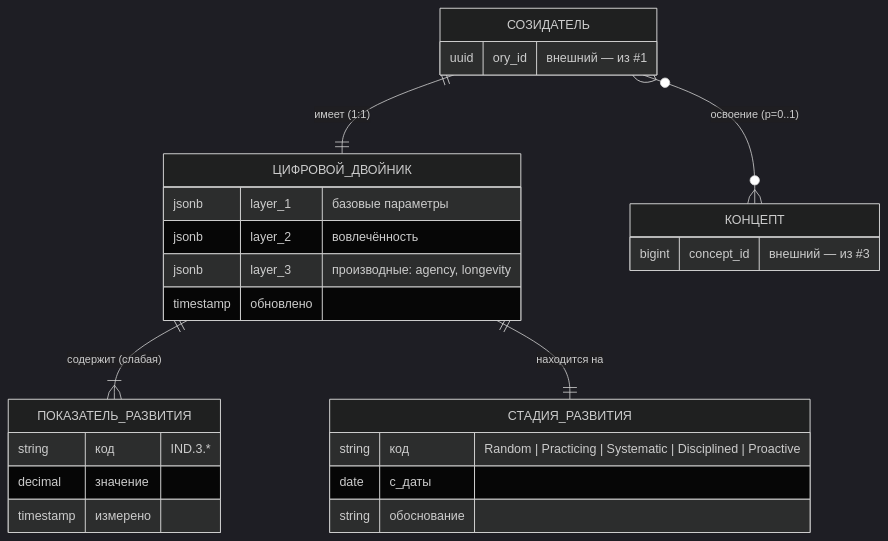
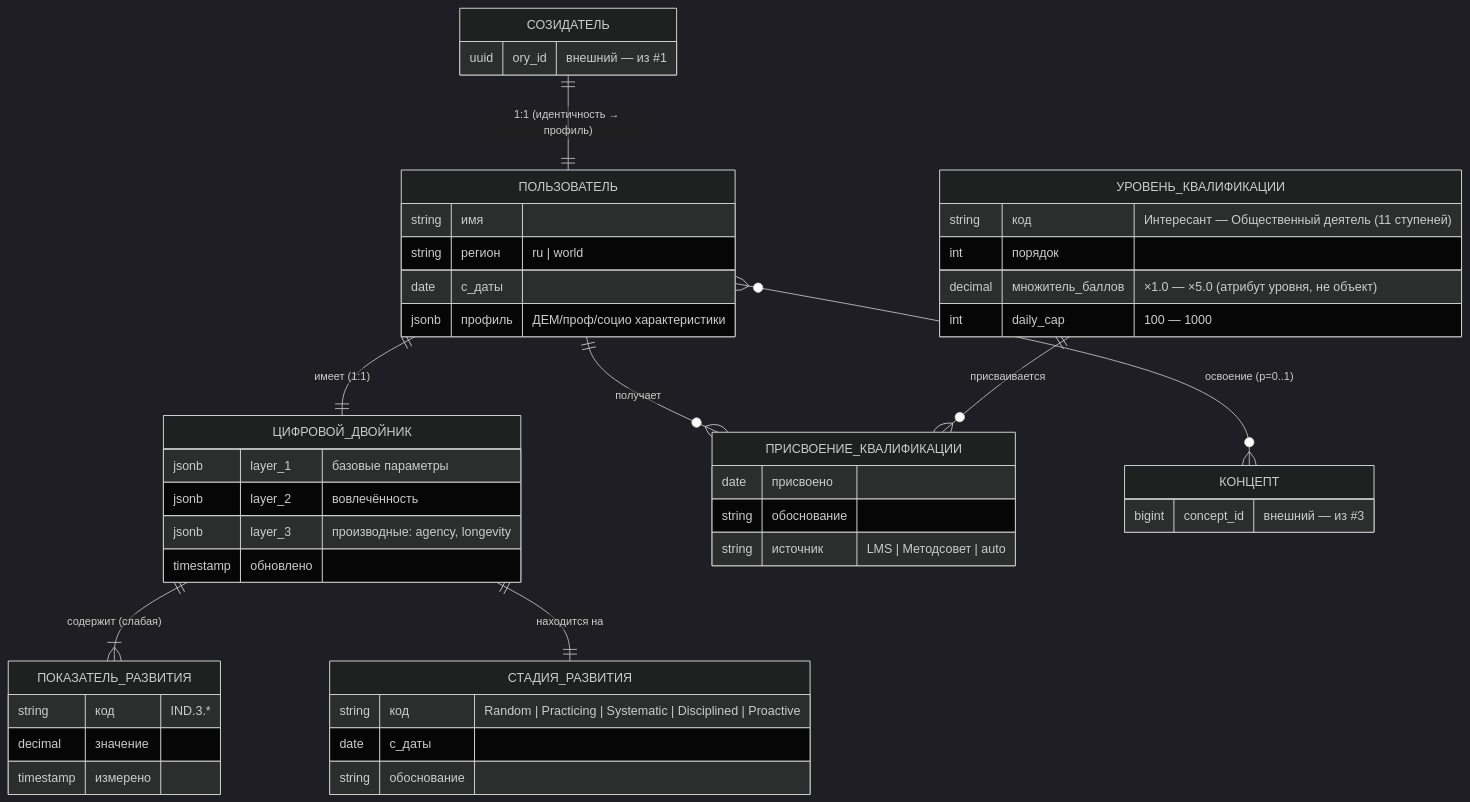
One commit to TserenTserenov/PACK-digital-platform changed the third of 15 diagrams in pack/digital-platform/02-domain-entities/DP.ARCH.004-neon-data-architecture.md. Above: the diagram before and after it, drawn with Mermaid (dark theme). The commit also changed other lines of this file and 2 other files, not shown here.

````diff
--- a/pack/digital-platform/02-domain-entities/DP.ARCH.004-neon-data-architecture.md
+++ b/pack/digital-platform/02-domain-entities/DP.ARCH.004-neon-data-architecture.md
@@ -268,30 +298,50 @@
 ```mermaid
 erDiagram
-    СОЗИДАТЕЛЬ ||--|| ЦИФРОВОЙ_ДВОЙНИК : "имеет (1:1)"
+    СОЗИДАТЕЛЬ ||--|| ПОЛЬЗОВАТЕЛЬ : "1:1 (идентичность → профиль)"
+    ПОЛЬЗОВАТЕЛЬ ||--|| ЦИФРОВОЙ_ДВОЙНИК : "имеет (1:1)"
+    ПОЛЬЗОВАТЕЛЬ ||--o{ ПРИСВОЕНИЕ_КВАЛИФИКАЦИИ : "получает"
+    УРОВЕНЬ_КВАЛИФИКАЦИИ ||--o{ ПРИСВОЕНИЕ_КВАЛИФИКАЦИИ : "присваивается"
     ЦИФРОВОЙ_ДВОЙНИК ||--|{ ПОКАЗАТЕЛЬ_РАЗВИТИЯ : "содержит (слабая)"
     ЦИФРОВОЙ_ДВОЙНИК ||--|| СТАДИЯ_РАЗВИТИЯ : "находится на"
-    СОЗИДАТЕЛЬ }o--o{ КОНЦЕПТ : "освоение (p=0..1)"
+    ПОЛЬЗОВАТЕЛЬ }o--o{ КОНЦЕПТ : "освоение (p=0..1)"
 
     СОЗИДАТЕЛЬ {
         uuid ory_id "внешний — из #1"
+    }
+    ПОЛЬЗОВАТЕЛЬ {
+        string имя
+        string регион "ru | world"
+        date с_даты
+        jsonb профиль "ДЕМ/проф/социо характеристики"
     }
     ЦИФРОВОЙ_ДВОЙНИК {
         jsonb layer_1 "базовые параметры"
         jsonb layer_2 "вовлечённость"
         jsonb layer_3 "производные: agency, longevity"
         timestamp обновлено
     }
     ПОКАЗАТЕЛЬ_РАЗВИТИЯ {
         string код "IND.3.*"
         decimal значение
         timestamp измерено
     }
     СТАДИЯ_РАЗВИТИЯ {
         string код "Random | Practicing | Systematic | Disciplined | Proactive"
         date с_даты
         string обоснование
     }
+    УРОВЕНЬ_КВАЛИФИКАЦИИ {
+        string код "Интересант — Общественный деятель (11 ступеней)"
+        int порядок
+        decimal множитель_баллов "×1.0 — ×5.0 (атрибут уровня, не объект)"
+        int daily_cap "100 — 1000"
+    }
+    ПРИСВОЕНИЕ_КВАЛИФИКАЦИИ {
+        date присвоено
+        string обоснование
+        string источник "LMS | Методсовет | auto"
+    }
     КОНЦЕПТ {
         bigint concept_id "внешний — из #3"
     }
 ```
````
